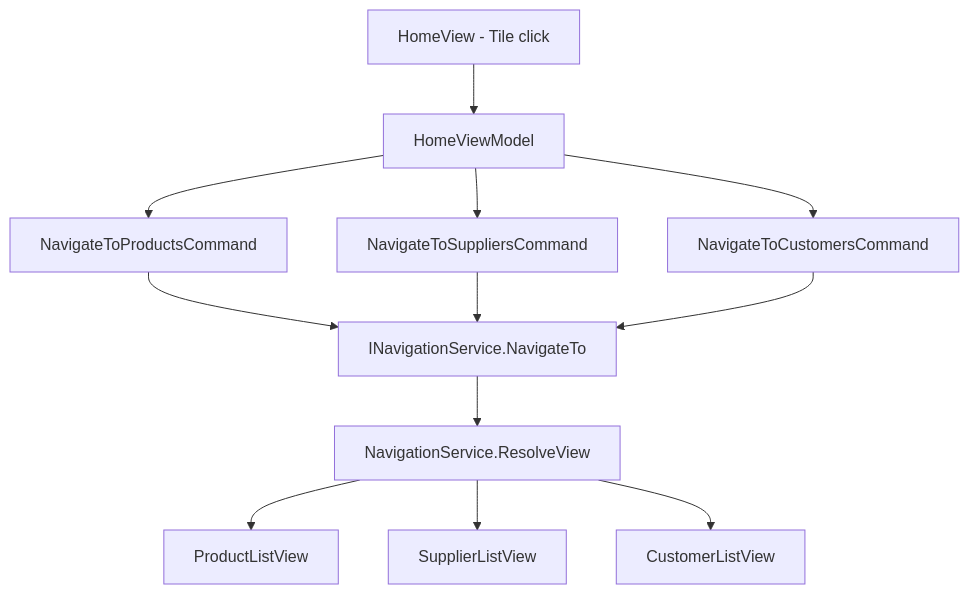
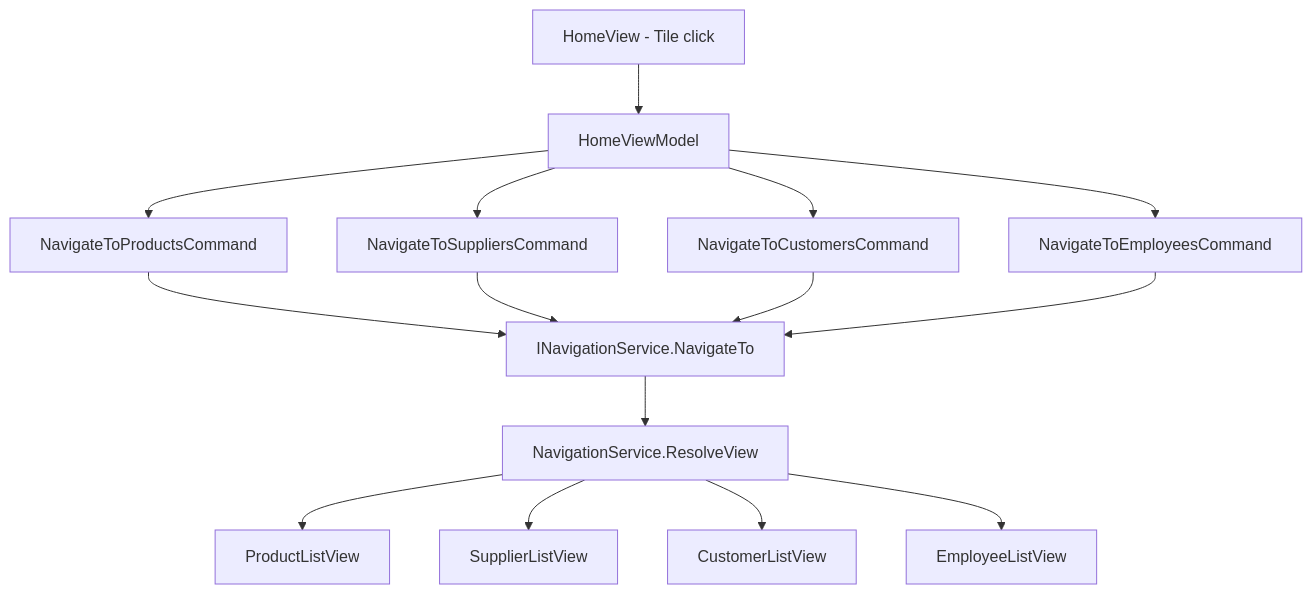
One commit to haiphan5289/desktop-lamour changed the diagram in src/DesktopLamour/Features/HomePage/Home/docs/home.md. Above: the diagram before and after it, drawn with Mermaid. The commit also changed other lines of this file and 32 other files, not shown here.

````diff
--- a/src/DesktopLamour/Features/HomePage/Home/docs/home.md
+++ b/src/DesktopLamour/Features/HomePage/Home/docs/home.md
@@ -54,14 +57,17 @@
 ```mermaid
 graph TD
     A[HomeView - Tile click] --> B[HomeViewModel]
     B --> C[NavigateToProductsCommand]
     B --> D[NavigateToSuppliersCommand]
     B --> E[NavigateToCustomersCommand]
+    B --> N[NavigateToEmployeesCommand]
     C --> F[INavigationService.NavigateTo]
     D --> F
     E --> F
+    N --> F
     F --> G[NavigationService.ResolveView]
     G --> H[ProductListView]
     G --> I[SupplierListView]
     G --> J[CustomerListView]
+    G --> K[EmployeeListView]
 ```
````
